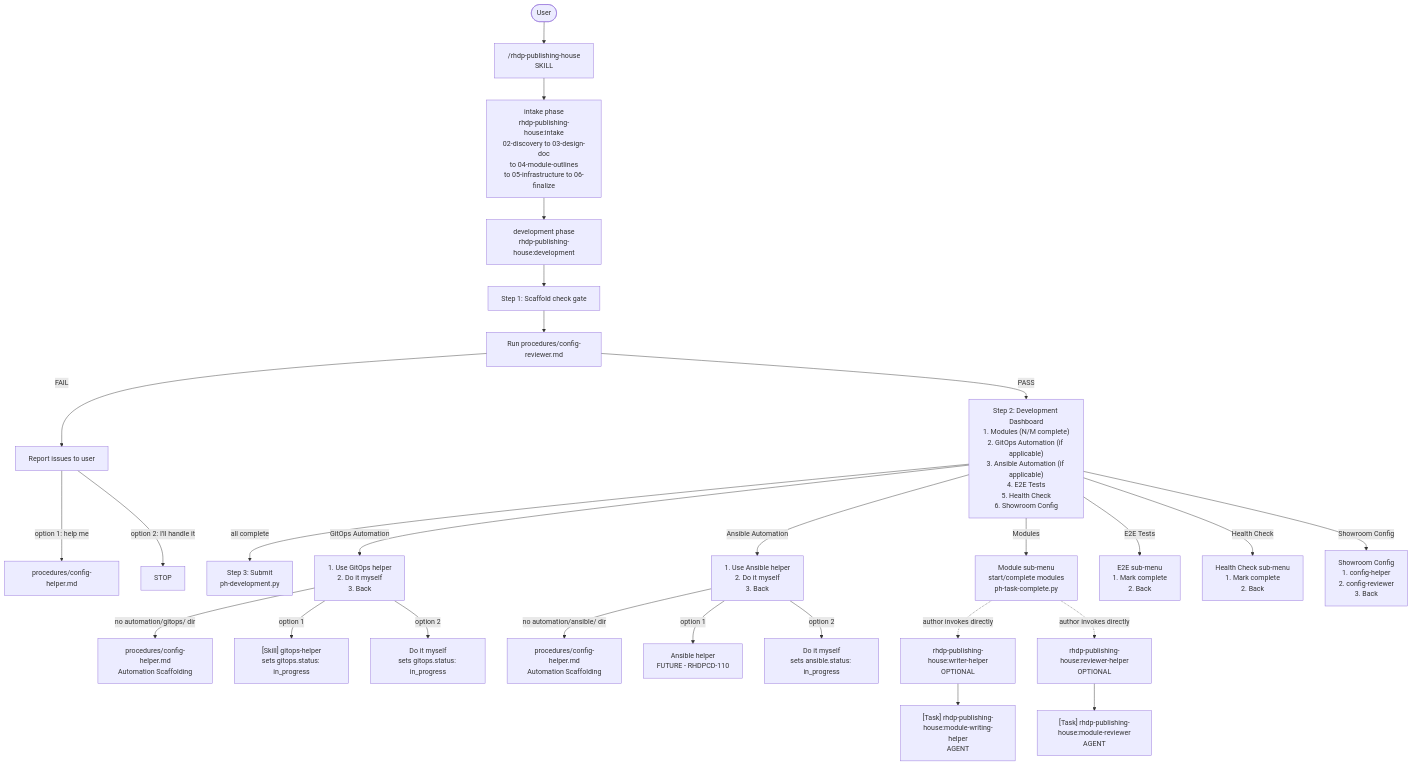
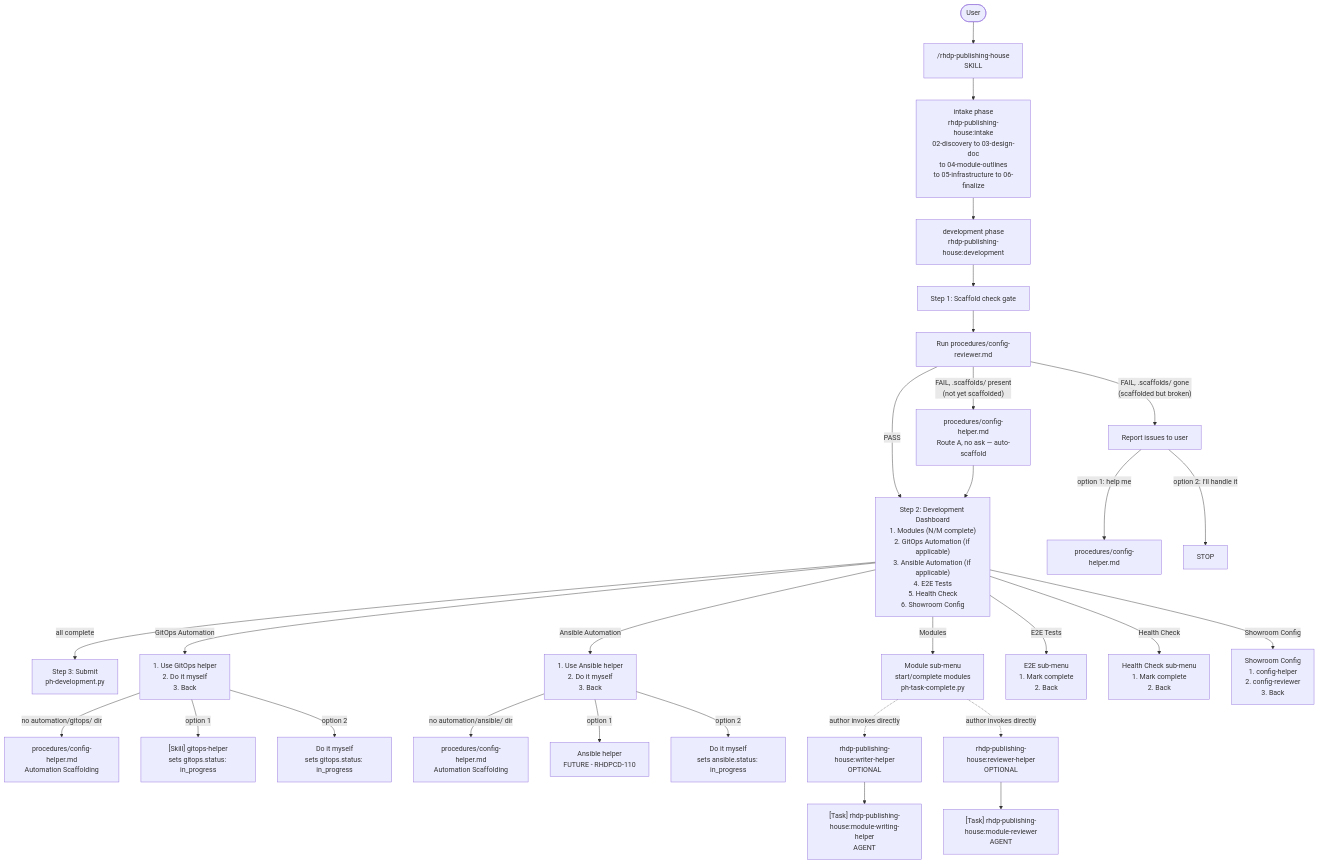
One commit to rhpds/rhdp-publishing-house-skills changed the diagram in skills/development/references/workflow-diagram.md. Above: the diagram before and after it, drawn with Mermaid. The commit also changed other lines of this file and 14 other files, not shown here.

First line of the commit message:
Development skill fixes: auto-scaffold, menu numbering convention, module visibility, QA docs links (#36)

````diff
--- a/skills/development/references/workflow-diagram.md
+++ b/skills/development/references/workflow-diagram.md
@@ -10,40 +10,42 @@
 ```mermaid
 flowchart TD
     User([User]) --> PH["/rhdp-publishing-house\nSKILL"]
 
     PH --> Intake["intake phase\nrhdp-publishing-house:intake\n02-discovery to 03-design-doc\nto 04-module-outlines\nto 05-infrastructure to 06-finalize"]
 
     Intake --> Dev["development phase\nrhdp-publishing-house:development"]
 
     Dev --> S1["Step 1: Scaffold check gate"]
     S1 --> CR["Run procedures/config-reviewer.md"]
     CR -->|PASS| Dashboard
-    CR -->|FAIL| Issues["Report issues to user"]
+    CR -->|"FAIL, .scaffolds/ present\n(not yet scaffolded)"| AutoCH["procedures/config-helper.md\nRoute A, no ask — auto-scaffold"]
+    CR -->|"FAIL, .scaffolds/ gone\n(scaffolded but broken)"| Issues["Report issues to user"]
     Issues -->|option 1: help me| CH["procedures/config-helper.md"]
     Issues -->|option 2: I'll handle it| STOP1["STOP"]
+    AutoCH --> Dashboard
 
     Dashboard["Step 2: Development Dashboard\n1. Modules (N/M complete)\n2. GitOps Automation (if applicable)\n3. Ansible Automation (if applicable)\n4. E2E Tests\n5. Health Check\n6. Showroom Config"]
 
     Dashboard -->|all complete| Submit["Step 3: Submit\nph-development.py"]
 
     Dashboard -->|Modules| Modules["Module sub-menu\nstart/complete modules\nph-task-complete.py"]
     Dashboard -->|GitOps Automation| GitOps["1. Use GitOps helper\n2. Do it myself\n3. Back"]
     Dashboard -->|Ansible Automation| Ansible["1. Use Ansible helper\n2. Do it myself\n3. Back"]
     Dashboard -->|E2E Tests| E2E["E2E sub-menu\n1. Mark complete\n2. Back"]
     Dashboard -->|Health Check| HC["Health Check sub-menu\n1. Mark complete\n2. Back"]
     Dashboard -->|Showroom Config| Config["Showroom Config\n1. config-helper\n2. config-reviewer\n3. Back"]
 
     GitOps -->|no automation/gitops/ dir| CH2["procedures/config-helper.md\nAutomation Scaffolding"]
     GitOps -->|option 1| GH["[Skill] gitops-helper\nsets gitops.status: in_progress"]
     GitOps -->|option 2| GitOpsSelf["Do it myself\nsets gitops.status: in_progress"]
 
     Ansible -->|no automation/ansible/ dir| CH3["procedures/config-helper.md\nAutomation Scaffolding"]
     Ansible -->|option 1| AH["Ansible helper\nFUTURE - RHDPCD-110"]
     Ansible -->|option 2| AnsibleSelf["Do it myself\nsets ansible.status: in_progress"]
 
     Modules -.->|author invokes directly| WriterHelper["rhdp-publishing-house:writer-helper\nOPTIONAL"]
     Modules -.->|author invokes directly| ReviewerHelper["rhdp-publishing-house:reviewer-helper\nOPTIONAL"]
 
     WriterHelper --> MWH["[Task] rhdp-publishing-house:module-writing-helper\nAGENT"]
     ReviewerHelper --> MR["[Task] rhdp-publishing-house:module-reviewer\nAGENT"]
 ```
````
